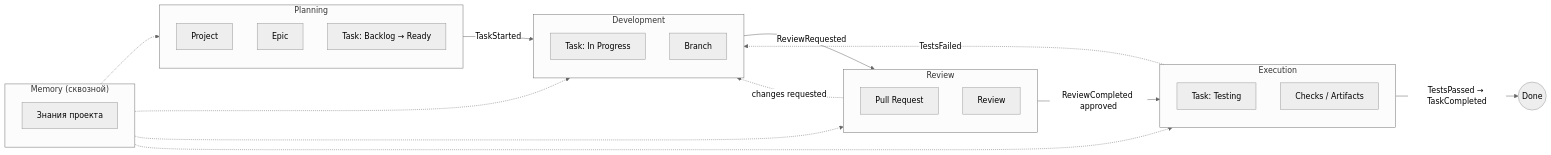
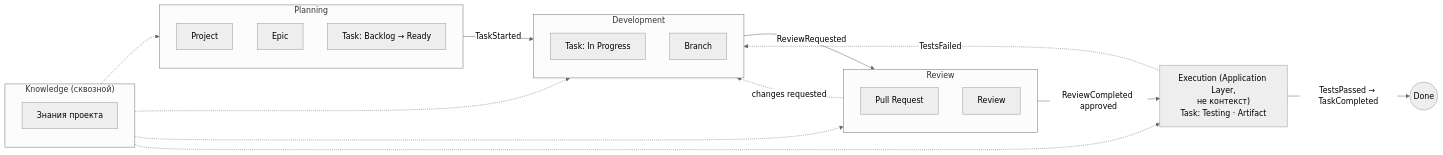
The diagram in docs/domain/bounded-contexts.md (nikibrdev/ai-studio-os), drawn with Mermaid (neutral theme) before and after one commit. The commit also changed other lines of this file and 8 other files, not shown here.

First line of the commit message:
docs(domain): Execution not a bounded context, Artifact primary, Domain Layer order (TASK-027) (#26)

````diff
--- a/docs/domain/bounded-contexts.md
+++ b/docs/domain/bounded-contexts.md
@@ -37,34 +41,31 @@
 ```mermaid
 flowchart LR
     subgraph Planning
         P1[Project]
         P2[Epic]
         P3["Task: Backlog → Ready"]
     end
     subgraph Development
         D1["Task: In Progress"]
         D2[Branch]
     end
     subgraph Review
         R1[Pull Request]
         R2[Review]
     end
-    subgraph Execution
-        E1["Task: Testing"]
-        E2[Checks / Artifacts]
-    end
-    subgraph Memory["Memory (сквозной)"]
-        M1[Знания проекта]
+    EXEC["Execution (Application Layer,<br/>не контекст)<br/>Task: Testing · Artifact"]
+    subgraph Knowledge["Knowledge (сквозной)"]
+        K1[Знания проекта]
     end
 
     Planning -->|TaskStarted| Development
     Development -->|ReviewRequested| Review
-    Review -->|ReviewCompleted approved| Execution
+    Review -->|ReviewCompleted approved| EXEC
     Review -.->|changes requested| Development
-    Execution -->|TestsPassed → TaskCompleted| Done((Done))
-    Execution -.->|TestsFailed| Development
-    Memory -.-> Planning
-    Memory -.-> Development
-    Memory -.-> Review
-    Memory -.-> Execution
+    EXEC -->|TestsPassed → TaskCompleted| Done((Done))
+    EXEC -.->|TestsFailed| Development
+    Knowledge -.-> Planning
+    Knowledge -.-> Development
+    Knowledge -.-> Review
+    Knowledge -.-> EXEC
 ```
````
